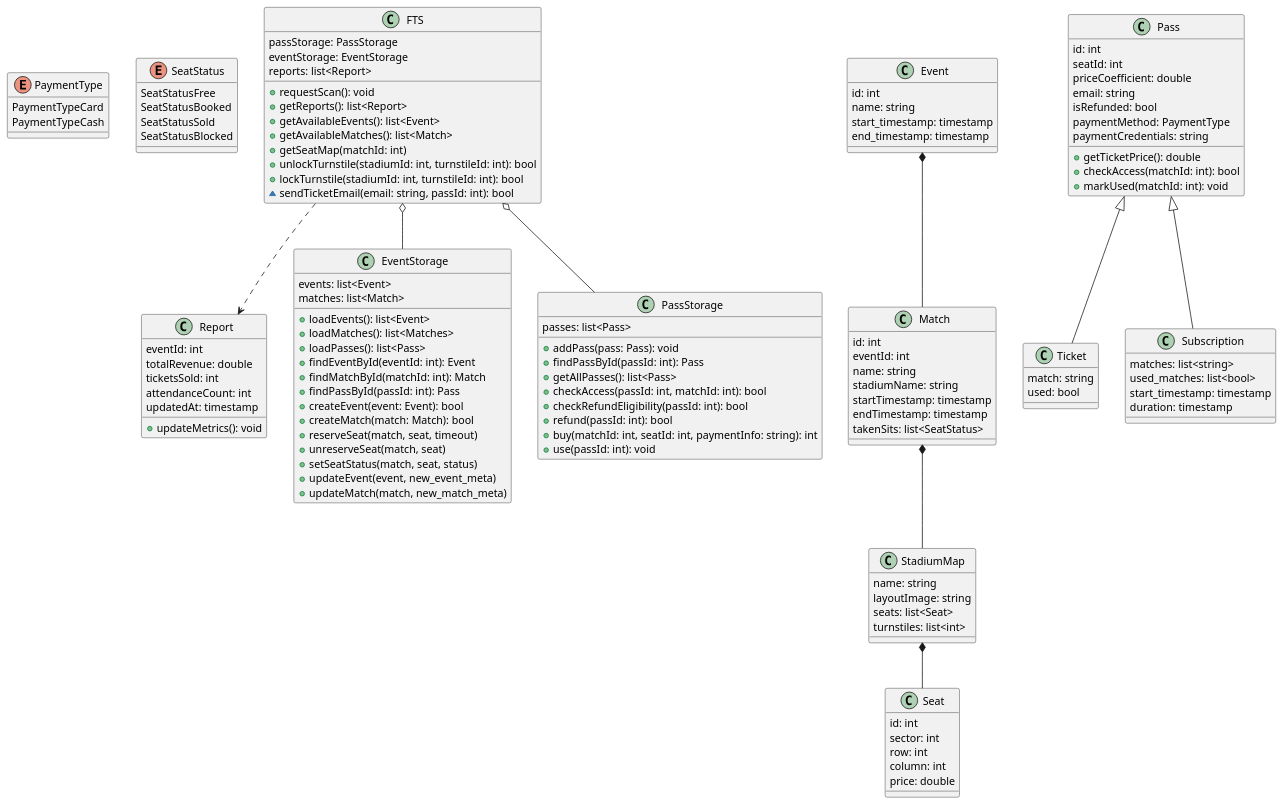
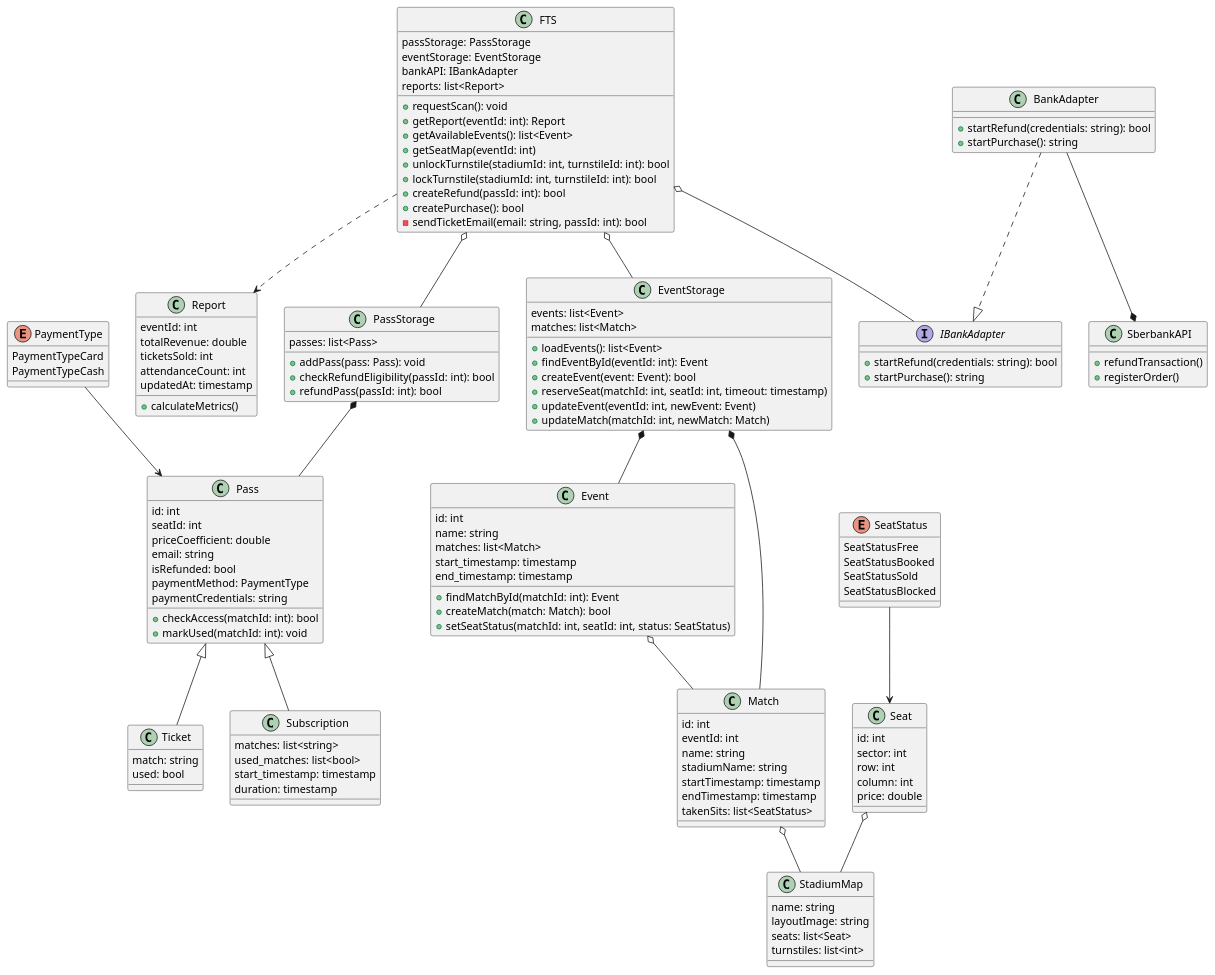
Before and after one commit to penamarth/bsbo-11-24_team5_var10_football: the diagram in Диаграмма Классов.md, drawn with PlantUML. The commit also changed 1 other file, not shown here.

````diff
--- a/Диаграмма Классов.md
+++ b/Диаграмма Классов.md
@@ -17,15 +17,17 @@
 class FTS {
 	passStorage: PassStorage
 	eventStorage: EventStorage
+    bankAPI: IBankAdapter
 	reports: list<Report>
 	+ requestScan(): void
-    + getReports(): list<Report>
+    + getReport(eventId: int): Report
 	+ getAvailableEvents(): list<Event>
-	+ getAvailableMatches(): list<Match>
-	+ getSeatMap(matchId: int)
+	+ getSeatMap(eventId: int)
 	+ unlockTurnstile(stadiumId: int, turnstileId: int): bool
 	+ lockTurnstile(stadiumId: int, turnstileId: int): bool
-	~ sendTicketEmail(email: string, passId: int): bool
+    + createRefund(passId: int): bool
+    + createPurchase(): bool
+	- sendTicketEmail(email: string, passId: int): bool
 }
 
 class Report {
@@ -34,37 +36,34 @@
 	ticketsSold: int
 	attendanceCount: int
 	updatedAt: timestamp
-	+ updateMetrics(): void
+	+ calculateMetrics()
 }
 
 class EventStorage {
 	events: list<Event>
 	matches: list<Match>
 	+ loadEvents(): list<Event>
-	+ loadMatches(): list<Matches>
-	+ loadPasses(): list<Pass>
 	+ findEventById(eventId: int): Event
-	+ findMatchById(matchId: int): Match
-	+ findPassById(passId: int): Pass
 	+ createEvent(event: Event): bool
-	+ createMatch(match: Match): bool
-	+ reserveSeat(match, seat, timeout)
-	+ unreserveSeat(match, seat)
-	+ setSeatStatus(match, seat, status)
-	+ updateEvent(event, new_event_meta)
-	+ updateMatch(match, new_match_meta)
+	+ reserveSeat(matchId: int, seatId: int, timeout: timestamp)
+	+ updateEvent(eventId: int, newEvent: Event)
+	+ updateMatch(matchId: int, newMatch: Match)
 }
 
 class Event {
 	id: int
 	name: string
+    matches: list<Match>
 	start_timestamp: timestamp
 	end_timestamp: timestamp
+	+ findMatchById(matchId: int): Event
+	+ createMatch(match: Match): bool
+	+ setSeatStatus(matchId: int, seatId: int, status: SeatStatus)
 }
 
 class Match {
 	id: int
-	eventId: int
+    eventId: int
 	name: string
 	stadiumName: string
 	startTimestamp: timestamp
@@ -90,13 +89,23 @@
 class PassStorage {
 	passes: list<Pass>
 	+ addPass(pass: Pass): void
-	+ findPassById(passId: int): Pass
-	+ getAllPasses(): list<Pass>
-	+ checkAccess(passId: int, matchId: int): bool
 	+ checkRefundEligibility(passId: int): bool
-	+ refund(passId: int): bool
-	+ buy(matchId: int, seatId: int, paymentInfo: string): int
-	+ use(passId: int): void
+    + refundPass(passId: int): bool
+}
+
+interface IBankAdapter {
+    + startRefund(credentials: string): bool
+    + startPurchase(): string
+}
+
+class BankAdapter {
+    + startRefund(credentials: string): bool
+    + startPurchase(): string
+}
+
+class SberbankAPI {
+    + refundTransaction()
+    + registerOrder()
 }
 
 class Pass {
@@ -107,7 +116,6 @@
 	isRefunded: bool
 	paymentMethod: PaymentType
 	paymentCredentials: string
-	+ getTicketPrice(): double
 	+ checkAccess(matchId: int): bool
 	+ markUsed(matchId: int): void 
 }
@@ -126,10 +134,23 @@
 
 FTS o-- EventStorage
 FTS o-- PassStorage
+FTS o-- IBankAdapter
 FTS ..> Report
 
-Event *-- Match
-Match *-- StadiumMap
-StadiumMap *-- Seat
+PassStorage *-- Pass
+EventStorage *-- Event
+EventStorage *-- Match
+
+Event o-- Match
+Match o-- StadiumMap
+
+Seat o-- StadiumMap
+
+PaymentType --> Pass
+SeatStatus --> Seat
+
+BankAdapter ..|> IBankAdapter
+BankAdapter --* SberbankAPI
+
 @enduml
 ```
````
